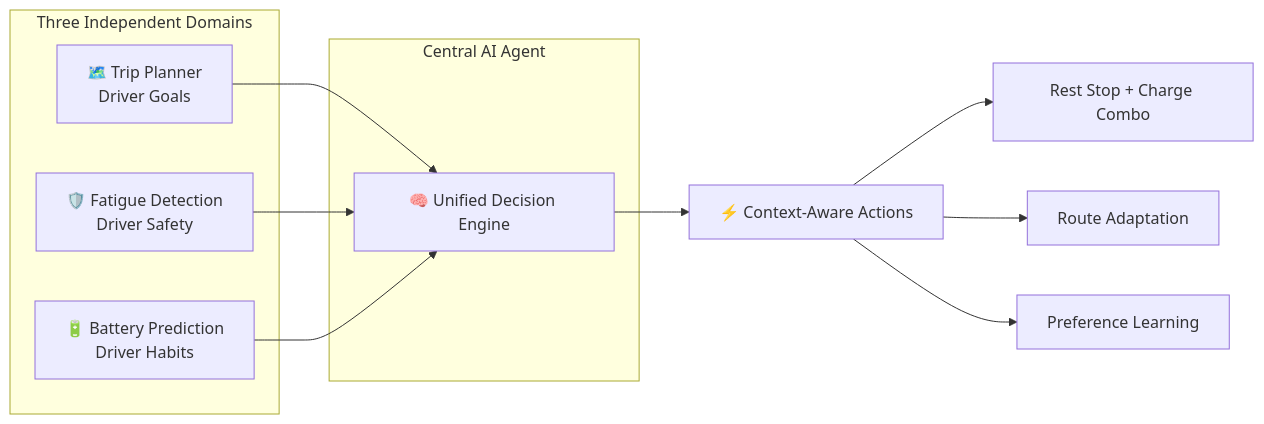
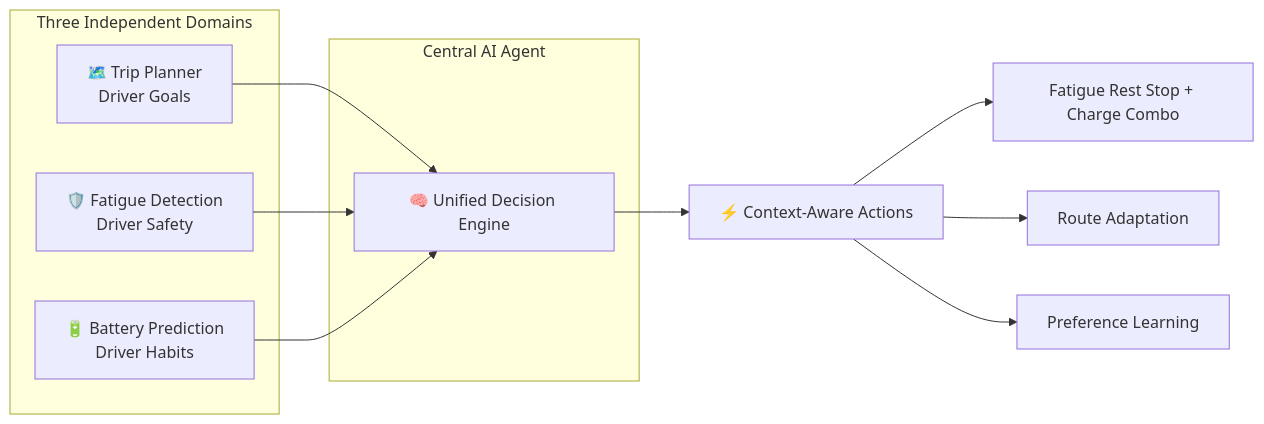
Before and after one commit to ethanlxz/mercedes-hackathon-2026: the first of 3 diagrams in README.md, drawn with Mermaid. The commit also changed 2084 other files, not shown here.

````diff
--- a/README.md
+++ b/README.md
@@ -64,20 +64,20 @@
 ```mermaid
 graph LR
     subgraph "Three Independent Domains"
         A[🗺️ Trip Planner<br/>Driver Goals]
         B[🛡️ Fatigue Detection<br/>Driver Safety]
         C[🔋 Battery Prediction<br/>Driver Habits]
     end
 
     subgraph "Central AI Agent"
         D[🧠 Unified Decision Engine]
     end
 
     A --> D
     B --> D
     C --> D
     D --> E[⚡ Context-Aware Actions]
-    E --> F[Rest Stop + Charge Combo]
+    E --> F[Fatigue Rest Stop + Charge Combo]
     E --> G[Route Adaptation]
     E --> H[Preference Learning]
 ```
````
